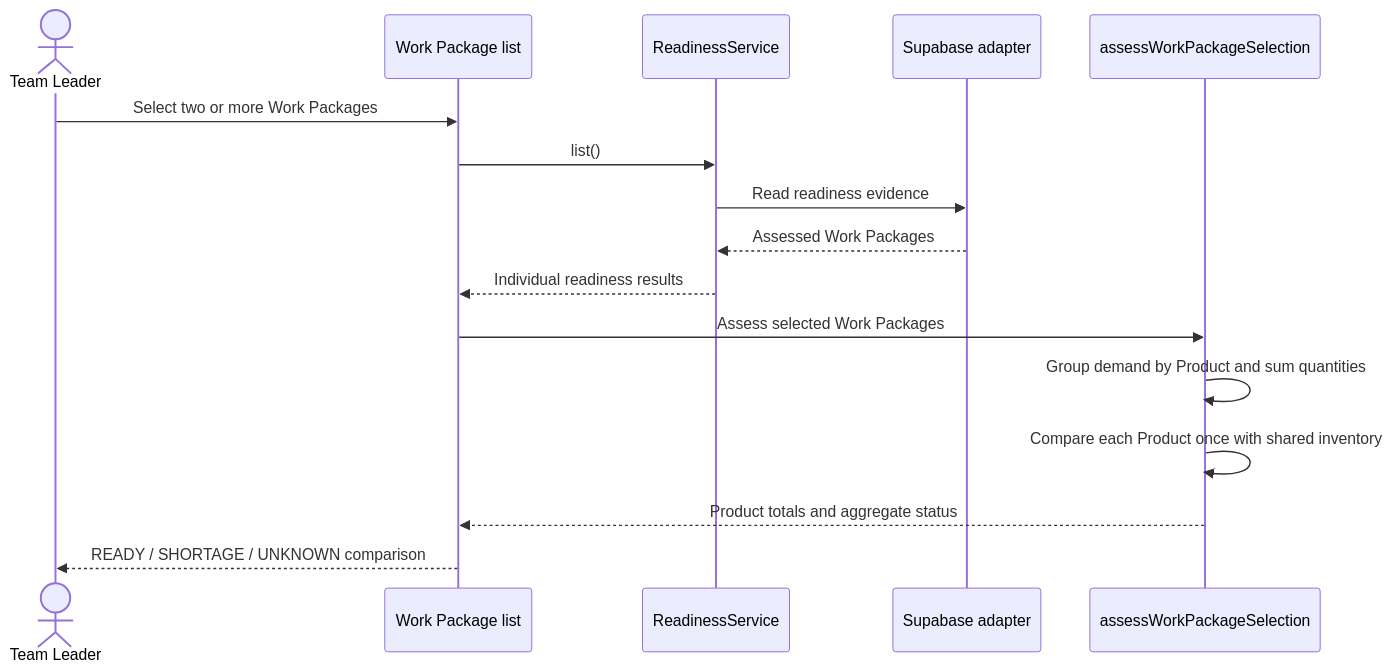
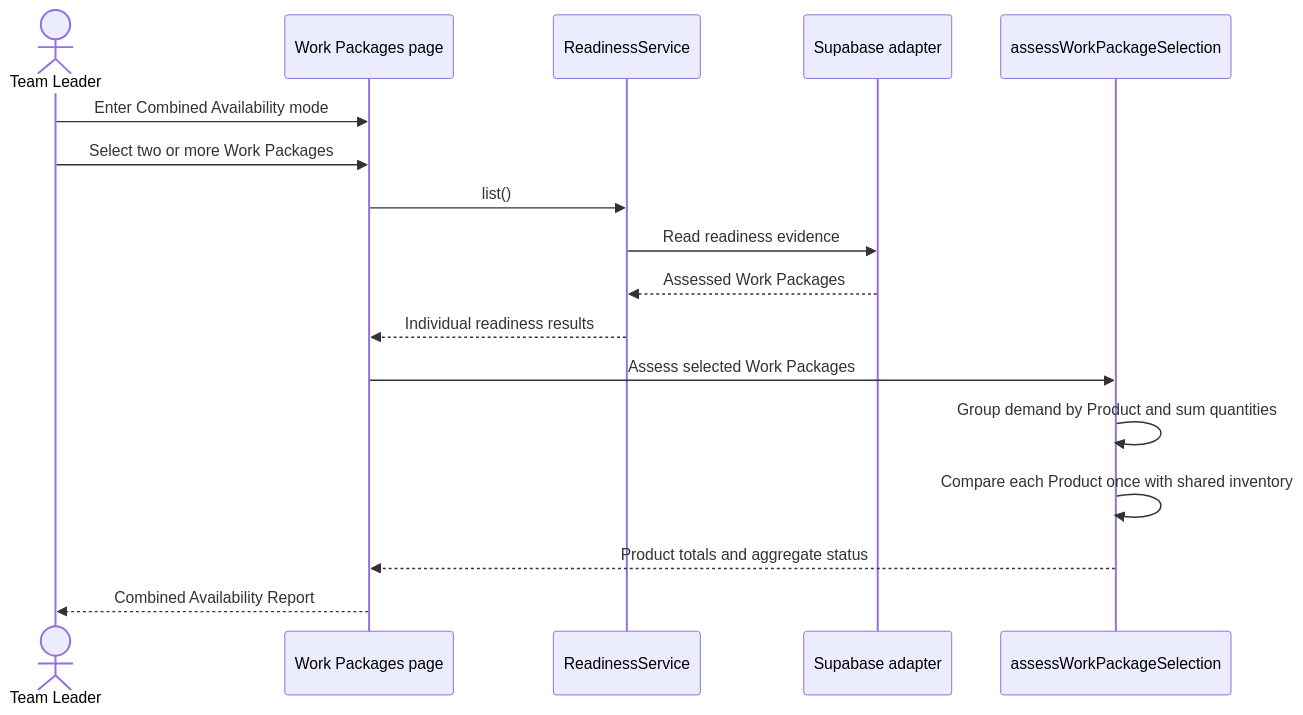
The fourth of 7 diagrams in docs/architecture/overview.md (jiqiang90/qantum-stock), drawn with Mermaid before and after one commit. The commit also changed other lines of this file and 7 other files, not shown here.

````diff
--- a/docs/architecture/overview.md
+++ b/docs/architecture/overview.md
@@ -143,19 +145,20 @@
 ```mermaid
 sequenceDiagram
     actor TL as Team Leader
-    participant Page as Work Package list
+    participant Page as Work Packages page
     participant Service as ReadinessService
     participant Repo as Supabase adapter
     participant Rules as assessWorkPackageSelection
 
+    TL->>Page: Enter Combined Availability mode
     TL->>Page: Select two or more Work Packages
     Page->>Service: list()
     Service->>Repo: Read readiness evidence
     Repo-->>Service: Assessed Work Packages
     Service-->>Page: Individual readiness results
     Page->>Rules: Assess selected Work Packages
     Rules->>Rules: Group demand by Product and sum quantities
     Rules->>Rules: Compare each Product once with shared inventory
     Rules-->>Page: Product totals and aggregate status
-    Page-->>TL: READY / SHORTAGE / UNKNOWN comparison
+    Page-->>TL: Combined Availability Report
 ```
````
